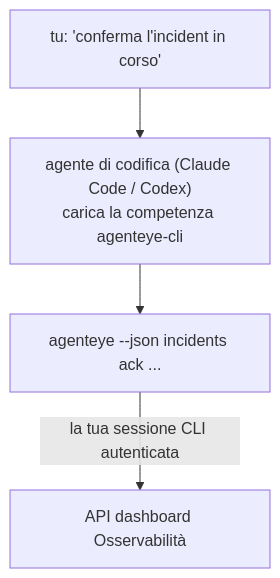
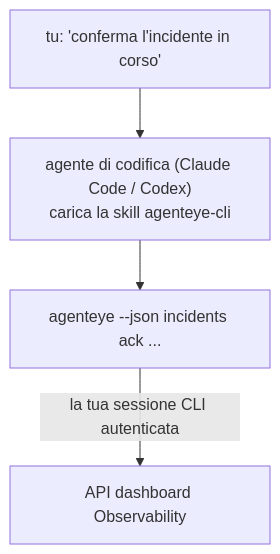
Before and after one commit to FailproofAI/failproofai: the diagram in docs/it/agenteye/cli-skill.mdx, drawn with Mermaid. The commit also changed other lines of this file and 678 other files, not shown here.

````diff
--- a/docs/it/agenteye/cli-skill.mdx
+++ b/docs/it/agenteye/cli-skill.mdx
@@ -28,6 +28,6 @@
 ```mermaid
 flowchart TD
-    YOU["tu: 'conferma l'incident in corso'"] --> AGENT["agente di codifica (Claude Code / Codex)<br/>carica la competenza agenteye-cli"]
+    YOU["tu: 'conferma l'incidente in corso'"] --> AGENT["agente di codifica (Claude Code / Codex)<br/>carica la skill agenteye-cli"]
     AGENT --> CLI["agenteye --json incidents ack ..."]
-    CLI -->|la tua sessione CLI autenticata| API["API dashboard Osservabilità"]
+    CLI -->|la tua sessione CLI autenticata| API["API dashboard Observability"]
 ```
````
